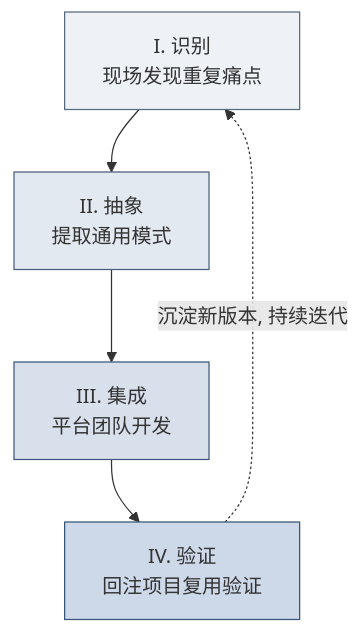
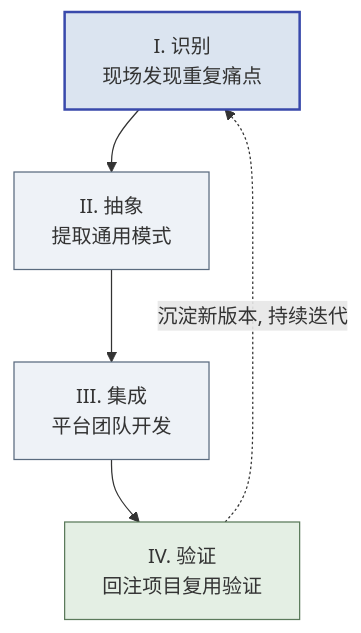
The first of 4 diagrams in textbook/第09章_能力回注方法论.md (cloudzun/fde-course), drawn with Mermaid before and after one commit. The commit also changed other lines of this file and 12 other files, not shown here.

Commit message:
style: 全库21张mermaid图规范化——节点ID语义化+品牌色统一+补齐图注，第11章新增反馈环路图

````diff
--- a/textbook/第09章_能力回注方法论.md
+++ b/textbook/第09章_能力回注方法论.md
@@ -12,12 +12,12 @@
 ```mermaid
 graph TD
-    A["I. 识别<br/>现场发现重复痛点"] --> B["II. 抽象<br/>提取通用模式"]
-    B --> C["III. 集成<br/>平台团队开发"]
-    C --> D["IV. 验证<br/>回注项目复用验证"]
-    D -.->|沉淀新版本, 持续迭代| A
+    recog["I. 识别<br/>现场发现重复痛点"] --> abstr["II. 抽象<br/>提取通用模式"]
+    abstr --> integ["III. 集成<br/>平台团队开发"]
+    integ --> verif["IV. 验证<br/>回注项目复用验证"]
+    verif -.->|沉淀新版本, 持续迭代| recog
 
-    style A fill:#eef2f7,stroke:#5a6b7f
-    style B fill:#e3e9f1,stroke:#4a5f7d
-    style C fill:#d8e0ec,stroke:#3f567a
-    style D fill:#cdd8e8,stroke:#3a5578
+    style recog fill:#dbe4f0,stroke:#3949ab,stroke-width:2px
+    style abstr fill:#eef2f7,stroke:#5a6b7f
+    style integ fill:#eef2f7,stroke:#5a6b7f
+    style verif fill:#e4efe4,stroke:#5b7a5b
 ```
````
